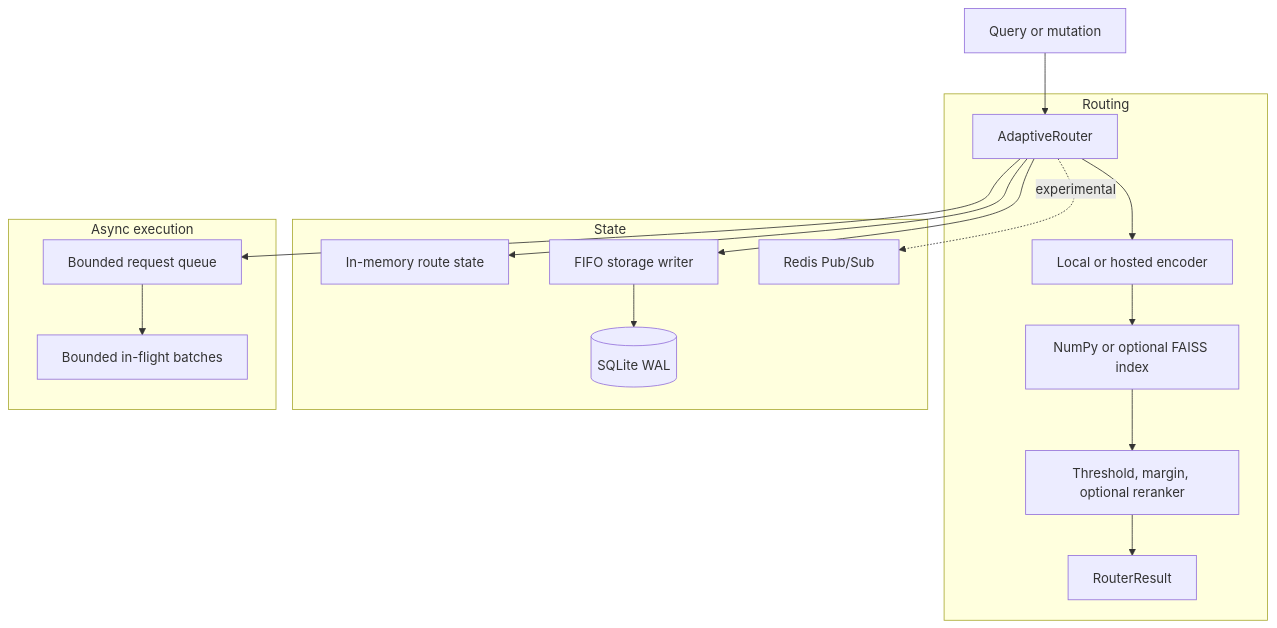
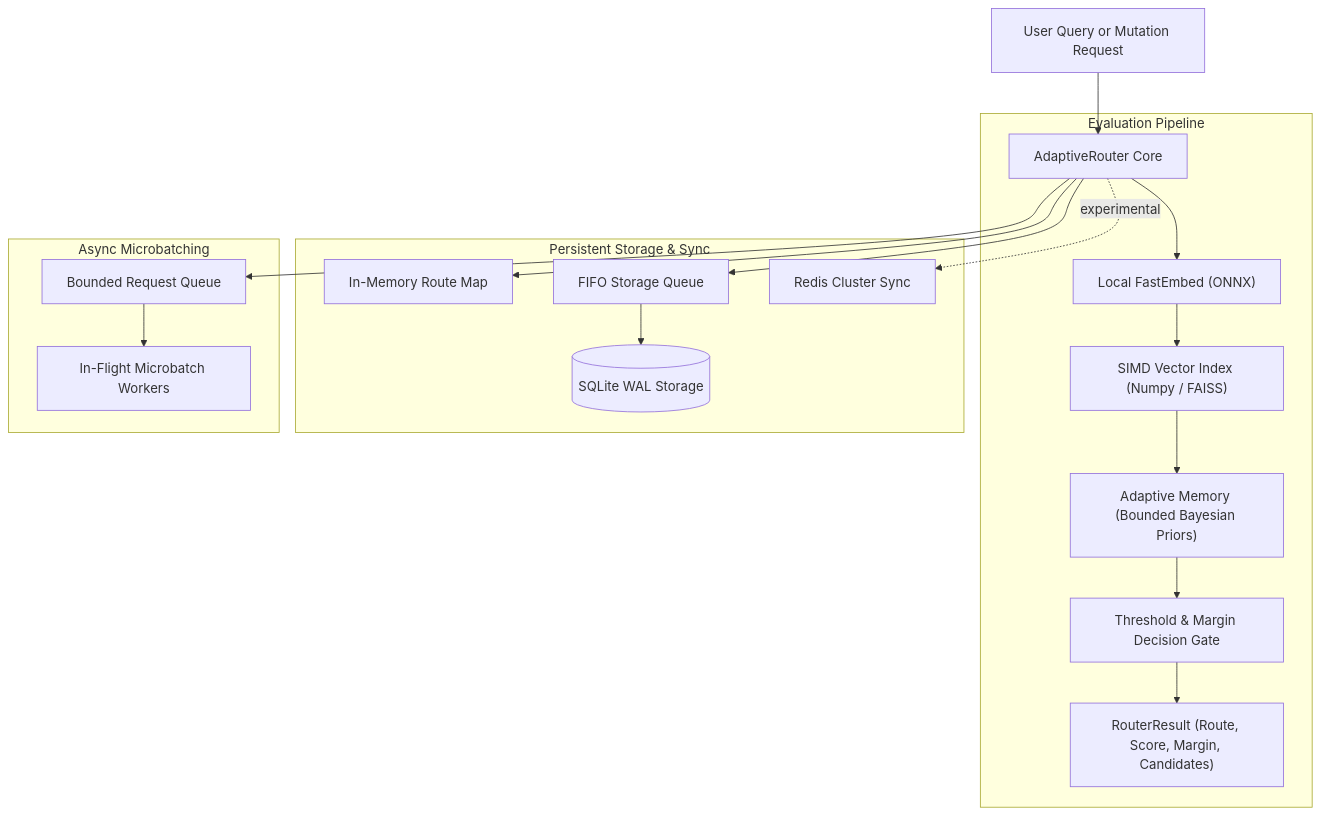
One commit to sitanshukr08/SynaptoRoute changed the first of 2 diagrams in README.md. Above: the diagram before and after it, drawn with Mermaid. The commit also changed other lines of this file, not shown here.

Commit message:
docs(readme): redesign README.md with high-impact visuals, Mermaid diagrams, feature cards, and integration guides

````diff
--- a/README.md
+++ b/README.md
@@ -102,23 +136,24 @@
 ```mermaid
 graph TD
-    Client["Query or mutation"] --> Router["AdaptiveRouter"]
+    Client["User Query or Mutation Request"] --> Router["AdaptiveRouter Core"]
 
-    subgraph Routing
-        Router --> Encoder["Local or hosted encoder"]
-        Encoder --> Index["NumPy or optional FAISS index"]
-        Index --> Policy["Threshold, margin, optional reranker"]
-        Policy --> Decision["RouterResult"]
+    subgraph Evaluation Pipeline
+        Router --> Encoder["Local FastEmbed (ONNX)"]
+        Encoder --> Index["SIMD Vector Index (Numpy / FAISS)"]
+        Index --> AdaptiveMemory["Adaptive Memory (Bounded Bayesian Priors)"]
+        AdaptiveMemory --> Gate["Threshold & Margin Decision Gate"]
+        Gate --> Result["RouterResult (Route, Score, Margin, Candidates)"]
     end
 
-    subgraph State
-        Router --> Memory["In-memory route state"]
-        Router --> Writer["FIFO storage writer"]
-        Writer --> SQLite[("SQLite WAL")]
-        Router -. "experimental" .-> Redis["Redis Pub/Sub"]
+    subgraph Persistent Storage & Sync
+        Router --> RouteMap["In-Memory Route Map"]
+        Router --> FIFO["FIFO Storage Queue"]
+        FIFO --> SQLite[("SQLite WAL Storage")]
+        Router -. "experimental" .-> Redis["Redis Cluster Sync"]
     end
 
-    subgraph Async execution
-        Router --> Queue["Bounded request queue"]
-        Queue --> Batches["Bounded in-flight batches"]
+    subgraph Async Microbatching
+        Router --> Queue["Bounded Request Queue"]
+        Queue --> Batches["In-Flight Microbatch Workers"]
     end
 ```
````
